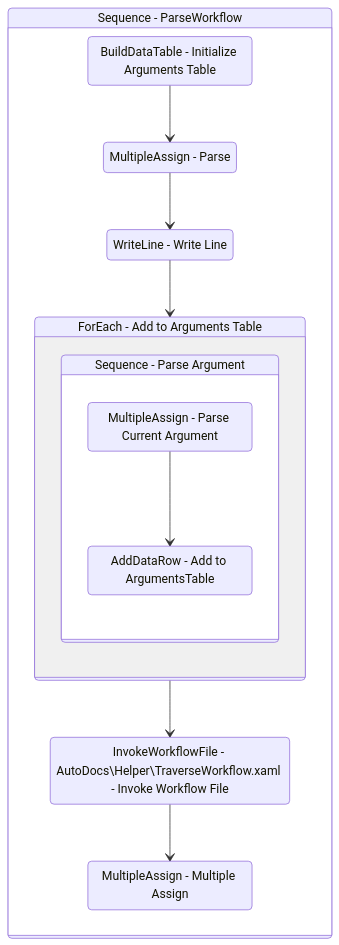
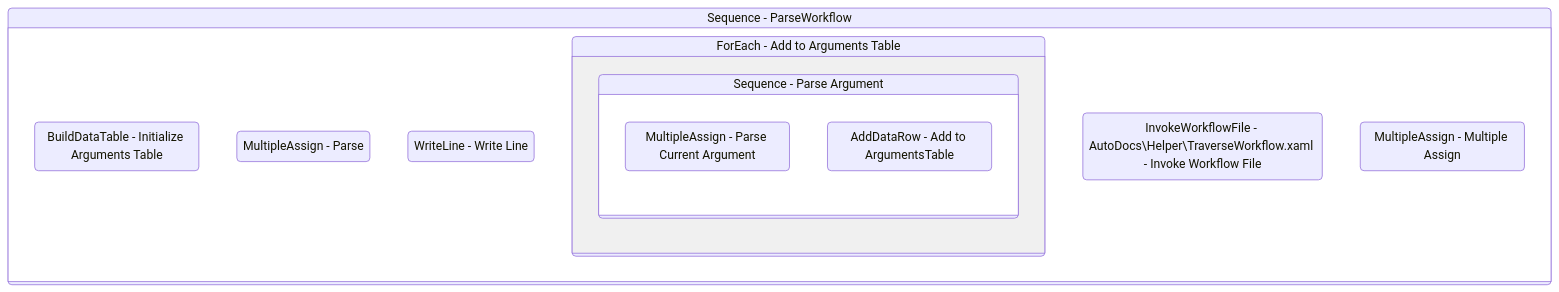
The diagram in Documentation/AutoDocs/ParseWorkflow.md (yashbrahmbhatt/LazyFramework), drawn with Mermaid before and after one commit. The commit also changed 72 other files, not shown here.

````diff
--- a/Documentation/AutoDocs/ParseWorkflow.md
+++ b/Documentation/AutoDocs/ParseWorkflow.md
@@ -167,31 +167,26 @@
 ```mermaid
 stateDiagram-v2
 
 
 Sequence_1: Sequence - ParseWorkflow
 state Sequence_1 {
 direction TB
 BuildDataTable_1 : BuildDataTable - Initialize Arguments Table
 MultipleAssign_1 : MultipleAssign - Parse
-BuildDataTable_1 --> MultipleAssign_1
 WriteLine_1 : WriteLine - Write Line
-MultipleAssign_1 --> WriteLine_1
-WriteLine_1 --> ForEach1_1
+
 ForEach1_1: ForEach - Add to Arguments Table
 state ForEach1_1 {
 direction TB
 
 Sequence_2: Sequence - Parse Argument
 state Sequence_2 {
 direction TB
 MultipleAssign_5 : MultipleAssign - Parse Current Argument
 AddDataRow_2 : AddDataRow - Add to ArgumentsTable
-MultipleAssign_5 --> AddDataRow_2
 }
 }
 InvokeWorkflowFile_1 : InvokeWorkflowFile - AutoDocs\\Helper\\TraverseWorkflow.xaml - Invoke Workflow File
-ForEach1_1 --> InvokeWorkflowFile_1
 MultipleAssign_6 : MultipleAssign - Multiple Assign
-InvokeWorkflowFile_1 --> MultipleAssign_6
 }
 ```
````
